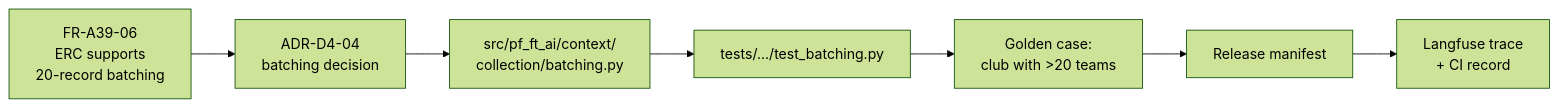
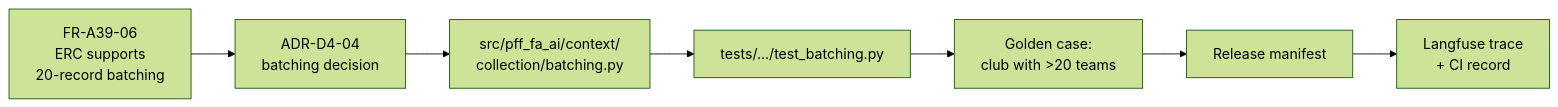
The diagram in docs/architecture/adr/01-business-architecture/ADR-D1-12-requirements-baseline-and-traceability-scheme.md (gobimca87/PF-FT), drawn with Mermaid (forest theme) before and after one commit. The commit also changed other lines of this file and 880 other files, not shown here.

````diff
--- a/docs/architecture/adr/01-business-architecture/ADR-D1-12-requirements-baseline-and-traceability-scheme.md
+++ b/docs/architecture/adr/01-business-architecture/ADR-D1-12-requirements-baseline-and-traceability-scheme.md
@@ -336,9 +336,9 @@
 ```mermaid
 flowchart LR
     R["FR-A39-06<br/>ERC supports<br/>20-record batching"] --> A["ADR-D4-04<br/>batching decision"]
-    A --> I["src/pf_ft_ai/context/<br/>collection/batching.py"]
+    A --> I["src/pff_fa_ai/context/<br/>collection/batching.py"]
     I --> T["tests/.../test_batching.py"]
     T --> E["Golden case:<br/>club with >20 teams"]
     E --> RE["Release manifest"]
     RE --> EV["Langfuse trace<br/>+ CI record"]
 ```
````
